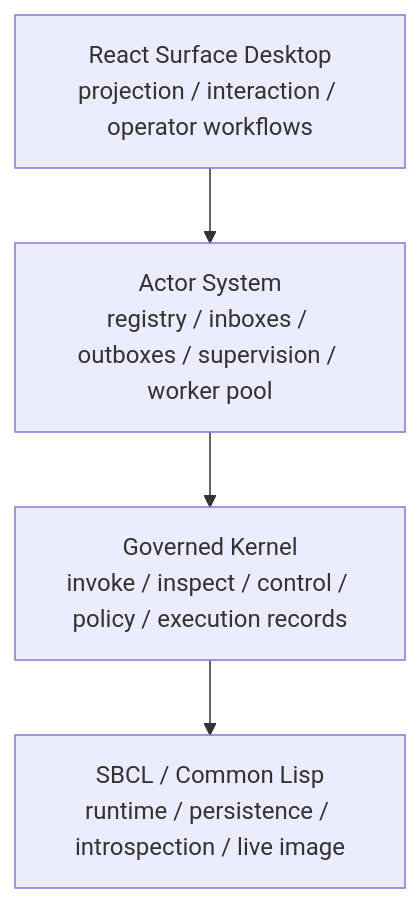
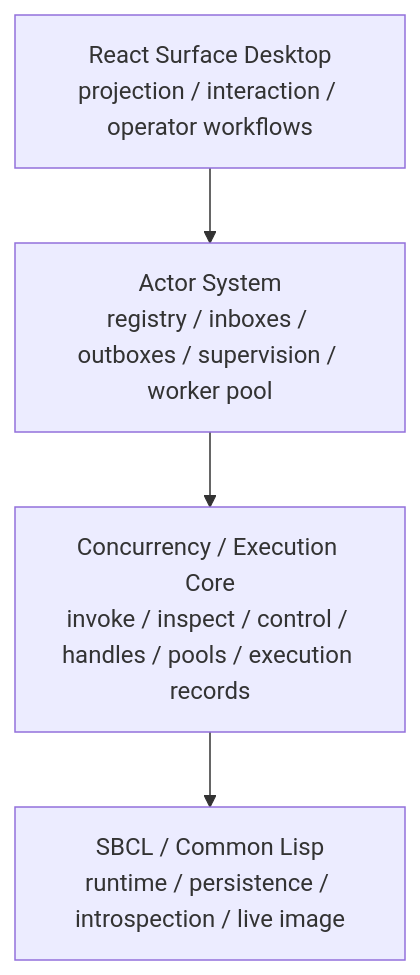
One commit to pauljbernard/sbcl-agent changed the first of 4 diagrams in docs/index.md. Above: the diagram before and after it, drawn with Mermaid. The commit also changed other lines of this file and 124 other files, not shown here.

Commit message:
Refactor runtime around actor concurrency core

````diff
--- a/docs/index.md
+++ b/docs/index.md
@@ -35,11 +35,11 @@
 ```mermaid
 flowchart TB
     React["React Surface Desktop<br/>projection / interaction / operator workflows"]
     Actor["Actor System<br/>registry / inboxes / outboxes / supervision / worker pool"]
-    Kernel["Governed Kernel<br/>invoke / inspect / control / policy / execution records"]
+    Core["Concurrency / Execution Core<br/>invoke / inspect / control / handles / pools / execution records"]
     Runtime["SBCL / Common Lisp<br/>runtime / persistence / introspection / live image"]
 
     React --> Actor
-    Actor --> Kernel
-    Kernel --> Runtime
+    Actor --> Core
+    Core --> Runtime
 ```
````
